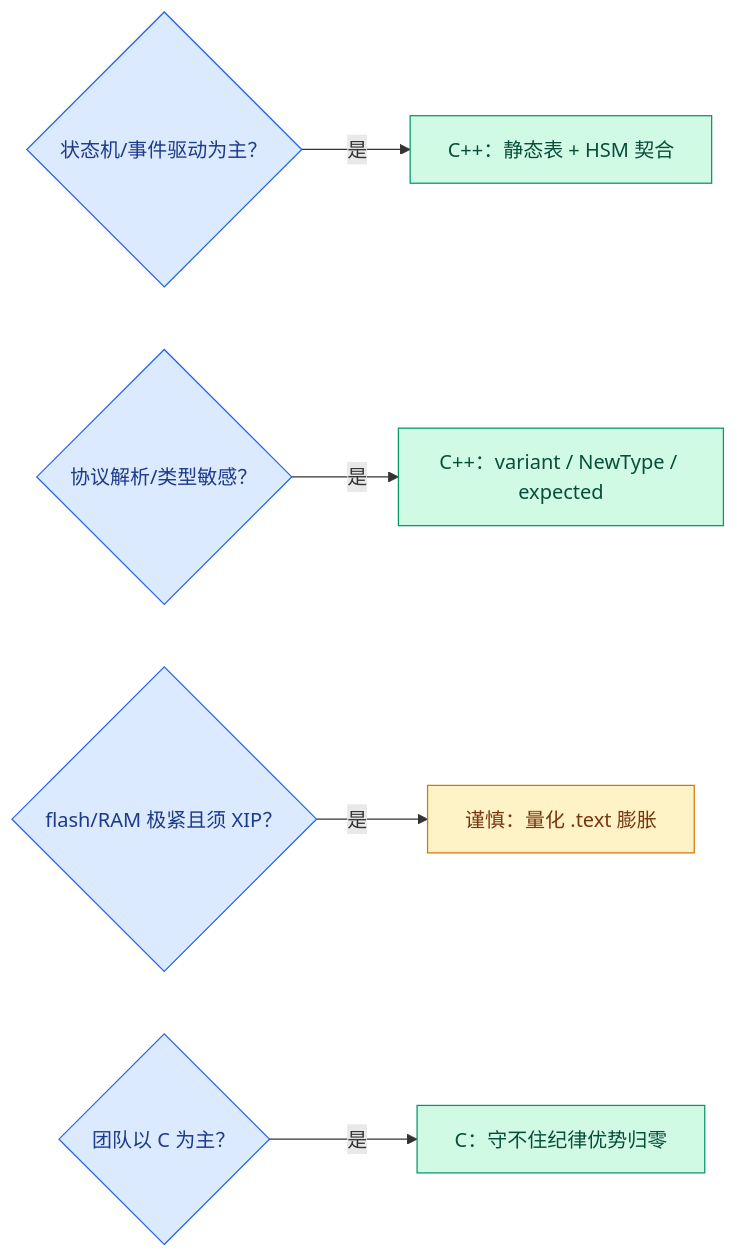
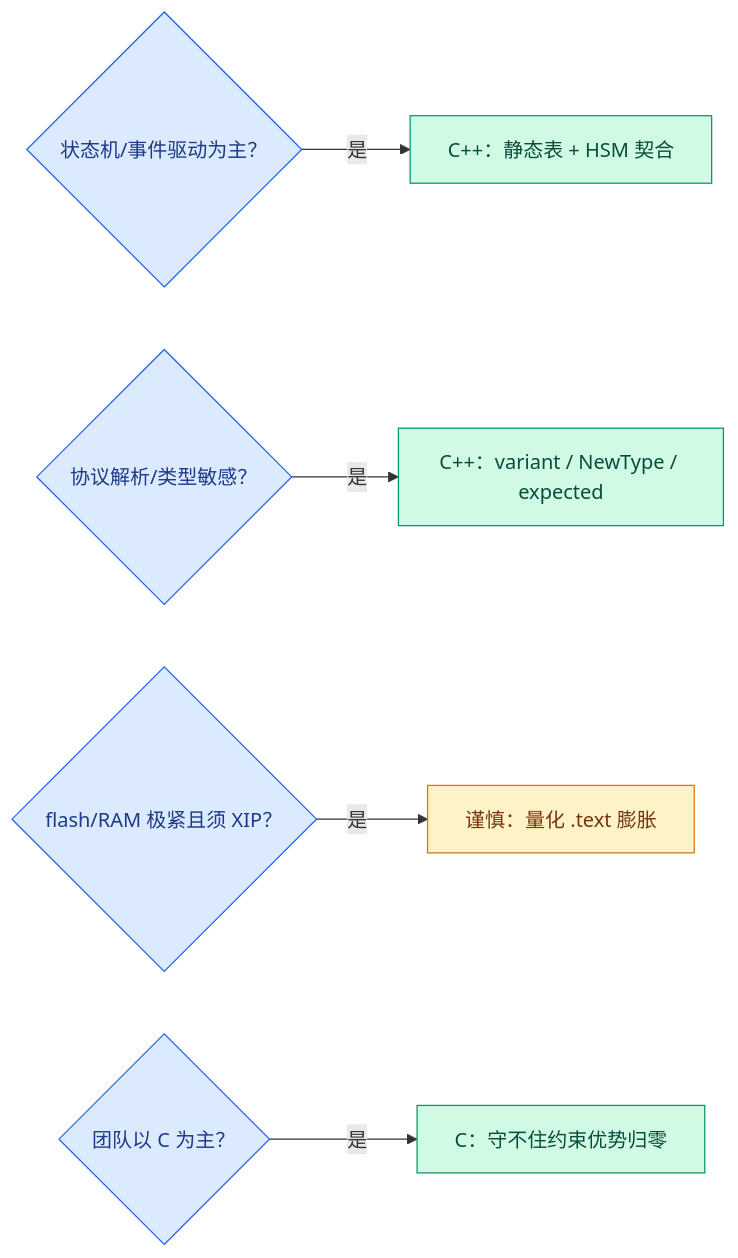
One commit to DeguiLiu/coact changed the third of 3 diagrams in docs/blogs/06-zero-cost-abstract-machine-code.md. Above: the diagram before and after it, drawn with Mermaid. The commit also changed other lines of this file and 9 other files, not shown here.

````diff
--- a/docs/blogs/06-zero-cost-abstract-machine-code.md
+++ b/docs/blogs/06-zero-cost-abstract-machine-code.md
@@ -198,19 +198,19 @@
 ```mermaid
 flowchart LR
     S1{"状态机/事件驱动为主？"}:::q
     S2{"协议解析/类型敏感？"}:::q
     S3{"flash/RAM 极紧且须 XIP？"}:::q
     S4{"团队以 C 为主？"}:::q
     C1["C++：静态表 + HSM 契合"]:::c
     C2["C++：variant / NewType / expected"]:::c
     C3["谨慎：量化 .text 膨胀"]:::w
-    C4["C：守不住纪律优势归零"]:::c2
+    C4["C：守不住约束优势归零"]:::c2
     S1 -->|是| C1
     S2 -->|是| C2
     S3 -->|是| C3
     S4 -->|是| C4
     classDef q fill:#dbeafe,stroke:#2563eb,color:#1e3a8a
     classDef c fill:#d1fae5,stroke:#059669,color:#064e3b
     classDef c2 fill:#d1fae5,stroke:#059669,color:#064e3b
     classDef w fill:#fef3c7,stroke:#d97706,color:#78350f
 ```
````
